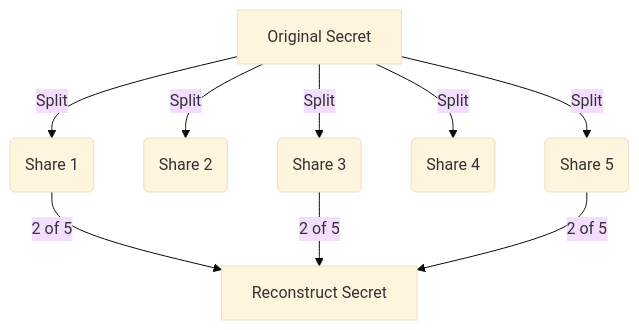
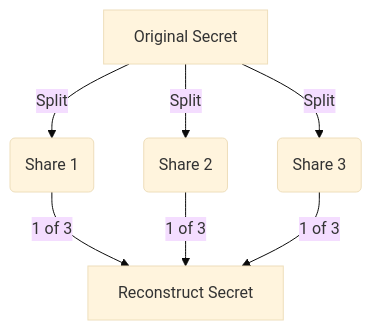
One commit to samouraiworld/peerdev changed the seventh of 7 diagrams in gno-tutorials/short-tutorials/9-secure-tx/slides.md. Above: the diagram before and after it, drawn with Mermaid (base theme). The commit also changed other lines of this file and 2 other files, not shown here.

````diff
--- a/gno-tutorials/short-tutorials/9-secure-tx/slides.md
+++ b/gno-tutorials/short-tutorials/9-secure-tx/slides.md
@@ -380,12 +386,10 @@
 ```mermaid
 graph TD
     S[Original Secret] -->|Split| S1(Share 1)
-    S -->|Split| S2(Share 2)
-    S -->|Split| S3(Share 3)
-    S -->|Split| S4(Share 4)
-    S -->|Split| S5(Share 5)
+    S -->|Split| S3(Share 2)
+    S -->|Split| S5(Share 3)
     
-    S1 -->|2 of 5| R[Reconstruct Secret]
-    S3 -->|2 of 5| R
-    S5 -->|2 of 5| R
+    S1 -->|1 of 3| R[Reconstruct Secret]
+    S3 -->|1 of 3| R
+    S5 -->|1 of 3| R
 ```
````
